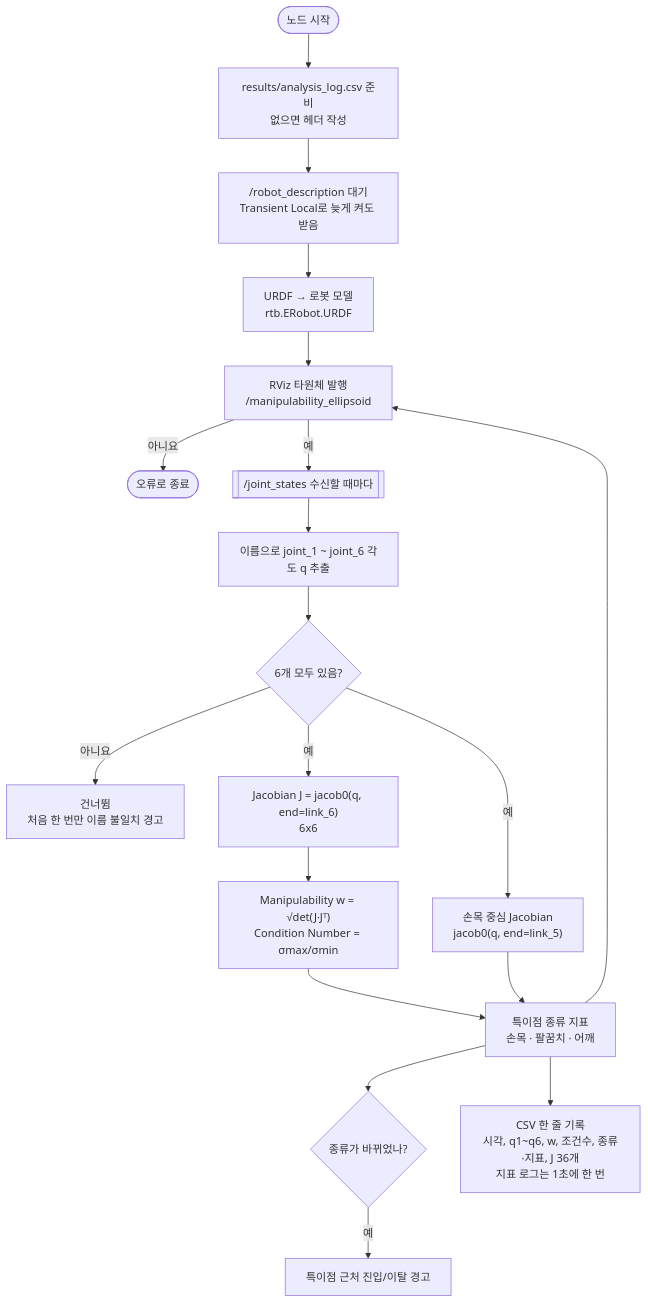
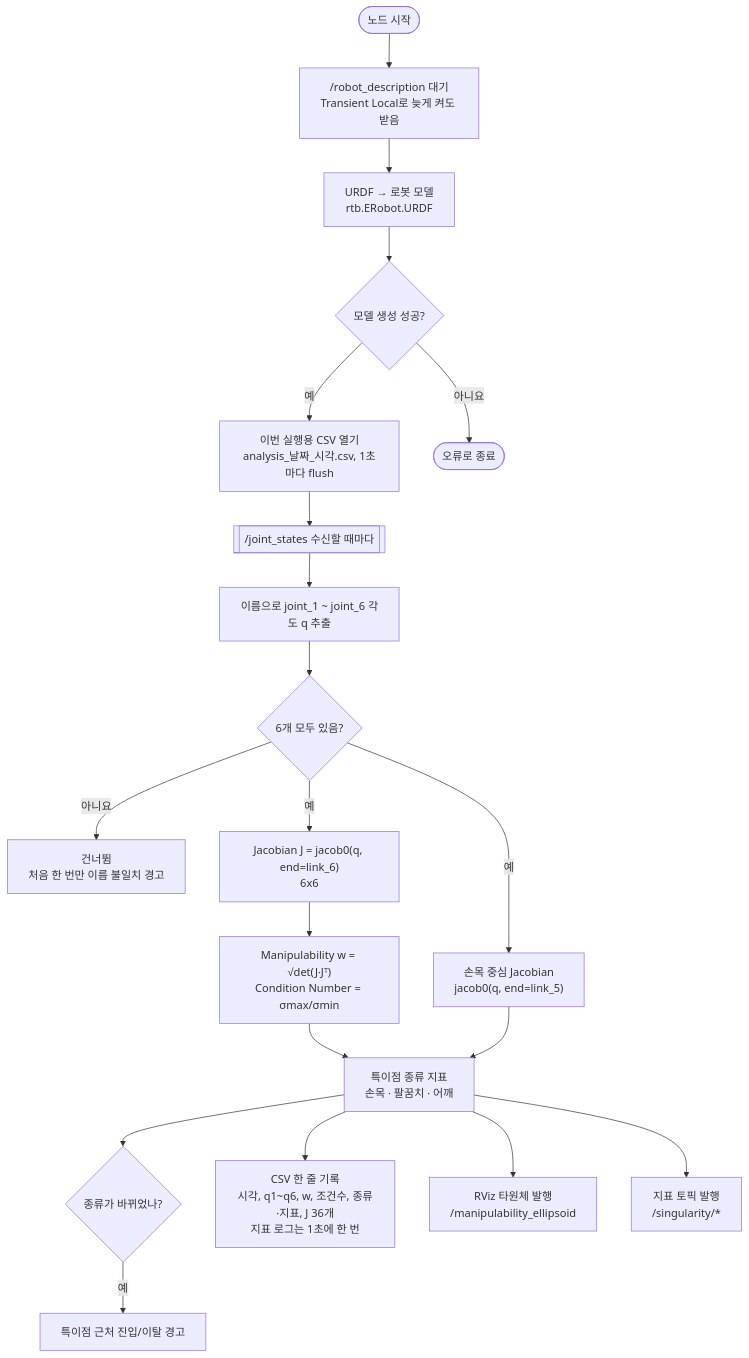
One commit to yoonheon051/singularity_analysis changed the second of 3 diagrams in README.md. Above: the diagram before and after it, drawn with Mermaid. The commit also changed other lines of this file and 4 other files, not shown here.

````diff
--- a/README.md
+++ b/README.md
@@ -480,20 +538,21 @@
 ```mermaid
 flowchart TD
-    A(["노드 시작"]) --> B["results/analysis_log.csv 준비<br/>없으면 헤더 작성"]
-    B --> C["/robot_description 대기<br/>Transient Local로 늦게 켜도 받음"]
+    A(["노드 시작"]) --> C["/robot_description 대기<br/>Transient Local로 늦게 켜도 받음"]
     C --> D["URDF → 로봇 모델<br/>rtb.ERobot.URDF"]
     D --> E{"모델 생성 성공?"}
+    E -- 예 --> B["이번 실행용 CSV 열기<br/>analysis_날짜_시각.csv, 1초마다 flush"]
     E -- 아니요 --> X(["오류로 종료"])
-    E -- 예 --> F[["/joint_states 수신할 때마다"]]
+    B --> F[["/joint_states 수신할 때마다"]]
     F --> G["이름으로 joint_1 ~ joint_6 각도 q 추출"]
     G --> H{"6개 모두 있음?"}
     H -- 아니요 --> W["건너뜀<br/>처음 한 번만 이름 불일치 경고"]
     H -- 예 --> J["Jacobian J = jacob0(q, end=link_6)<br/>6x6"]
     J --> M["Manipulability w = √det(J·Jᵀ)<br/>Condition Number = σmax/σmin"]
     H -- 예 --> JW["손목 중심 Jacobian<br/>jacob0(q, end=link_5)"]
     M & JW --> T["특이점 종류 지표<br/>손목 · 팔꿈치 · 어깨"]
     T --> TC{"종류가 바뀌었나?"}
     TC -- 예 --> WARN["특이점 근처 진입/이탈 경고"]
     T --> L["CSV 한 줄 기록<br/>시각, q1~q6, w, 조건수, 종류·지표, J 36개<br/>지표 로그는 1초에 한 번"]
-    T --> E["RViz 타원체 발행<br/>/manipulability_ellipsoid"]
+    T --> RV["RViz 타원체 발행<br/>/manipulability_ellipsoid"]
+    T --> TP["지표 토픽 발행<br/>/singularity/*"]
 ```
````
